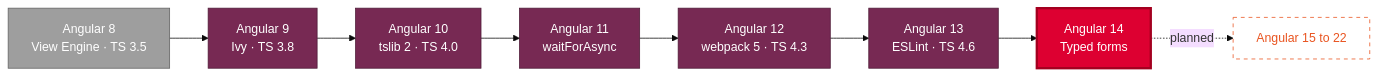
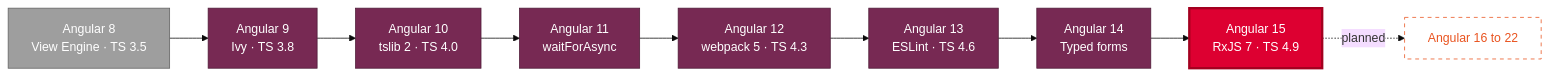
One commit to NisanurBulut/KimOkurAPP changed the sixth of 6 diagrams in README.md. Above: the diagram before and after it, drawn with Mermaid (base theme). The commit also changed other lines of this file and 13 other files, not shown here.

````diff
--- a/README.md
+++ b/README.md
@@ -443,19 +443,20 @@
 ```mermaid
 flowchart LR
     A8["Angular 8<br/>View Engine · TS 3.5"] --> A9["Angular 9<br/>Ivy · TS 3.8"]
     A9 --> A10["Angular 10<br/>tslib 2 · TS 4.0"]
     A10 --> A11["Angular 11<br/>waitForAsync"]
     A11 --> A12["Angular 12<br/>webpack 5 · TS 4.3"]
     A12 --> A13["Angular 13<br/>ESLint · TS 4.6"]
     A13 --> A14["Angular 14<br/>Typed forms"]
-    A14 -.->|"planned"| NEXT["Angular 15 to 22"]
+    A14 --> A15["Angular 15<br/>RxJS 7 · TS 4.9"]
+    A15 -.->|"planned"| NEXT["Angular 16 to 22"]
 
     classDef old fill:#9E9E9E,stroke:#616161,color:#ffffff
     classDef step fill:#772953,stroke:#4E1B37,color:#ffffff
     classDef now fill:#DD0031,stroke:#A3001F,color:#ffffff,stroke-width:3px
     classDef next fill:#ffffff,stroke:#E95420,color:#E95420,stroke-dasharray:5 5
     class A8 old
-    class A9,A10,A11,A12,A13 step
-    class A14 now
+    class A9,A10,A11,A12,A13,A14 step
+    class A15 now
     class NEXT next
 ```
````
